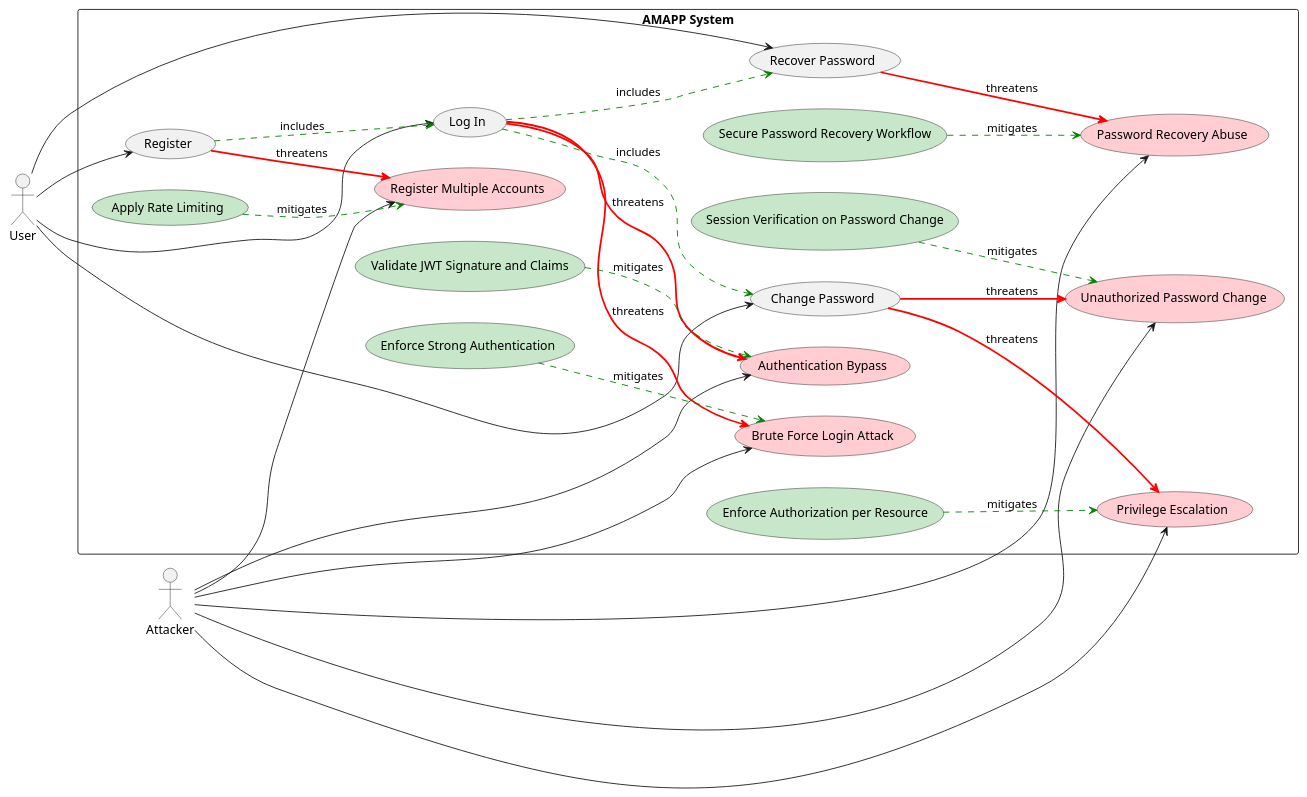
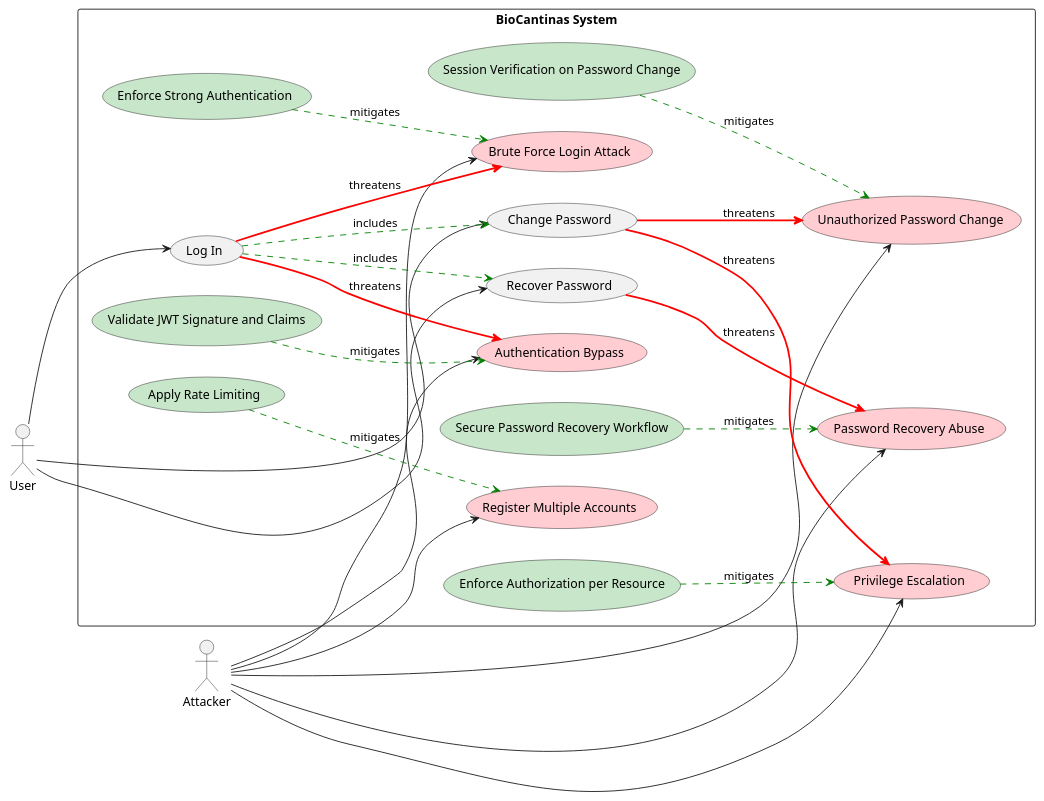
The diagram in Deliverables/phase1/diagrams/Abuse Cases/authAbuseCase.puml (mei-desofs/desofs2026-thu_ffs_1), drawn with PlantUML before and after one commit. The commit also changed 1 other file, not shown here.

Commit message:
Updated Auth Abuse Case and added Supplier Abuse Case #3

```diff
--- a/Deliverables/phase1/diagrams/Abuse Cases/authAbuseCase.puml
+++ b/Deliverables/phase1/diagrams/Abuse Cases/authAbuseCase.puml
@@ -1,59 +1,55 @@
 @startuml
 left to right direction
 skinparam packageStyle rectangle
 
 actor User
 actor Attacker
 
-package "AMAPP System" {
+package "BioCantinas System" {
 
-    usecase "Register" as RegisterUC
     usecase "Log In" as LoginUC
     usecase "Change Password" as ChangePasswordUC
     usecase "Recover Password" as RecoverPasswordUC
 
     usecase "Register Multiple Accounts" as RegisterAbuse #FFCDD2
     usecase "Brute Force Login Attack" as LoginAbuse #FFCDD2
     usecase "Unauthorized Password Change" as ChangePasswordAbuse #FFCDD2
     usecase "Password Recovery Abuse" as RecoveryAbuse #FFCDD2
     usecase "Authentication Bypass" as AuthBypassAbuse #FFCDD2
     usecase "Privilege Escalation" as PrivEscalationAbuse #FFCDD2
 
     usecase "Apply Rate Limiting" as RateLimitingMitigate #C8E6C9
     usecase "Enforce Strong Authentication" as StrongAuthMitigate #C8E6C9
     usecase "Session Verification on Password Change" as SessionVerifyMitigate #C8E6C9
     usecase "Secure Password Recovery Workflow" as SecureRecoveryMitigate #C8E6C9
     usecase "Validate JWT Signature and Claims" as JWTValidationMitigate #C8E6C9
     usecase "Enforce Authorization per Resource" as AuthorizationCheckMitigate #C8E6C9
 
-    User --> RegisterUC
     User --> LoginUC
     User --> ChangePasswordUC
     User --> RecoverPasswordUC
 
-    RegisterUC .[#green].> LoginUC : includes
     LoginUC .[#green].> ChangePasswordUC : includes
     LoginUC .[#green].> RecoverPasswordUC : includes
 
     Attacker --> RegisterAbuse
     Attacker --> LoginAbuse
     Attacker --> ChangePasswordAbuse
     Attacker --> RecoveryAbuse
     Attacker --> AuthBypassAbuse
     Attacker --> PrivEscalationAbuse
 
-    RegisterUC -[#red,bold]-> RegisterAbuse : threatens
     LoginUC -[#red,bold]-> LoginAbuse : threatens
     ChangePasswordUC -[#red,bold]-> ChangePasswordAbuse : threatens
     RecoverPasswordUC -[#red,bold]-> RecoveryAbuse : threatens
     LoginUC -[#red,bold]-> AuthBypassAbuse : threatens
     ChangePasswordUC -[#red,bold]-> PrivEscalationAbuse : threatens
 
     RateLimitingMitigate -[#green,dashed]-> RegisterAbuse : mitigates
     StrongAuthMitigate -[#green,dashed]-> LoginAbuse : mitigates
     SessionVerifyMitigate -[#green,dashed]-> ChangePasswordAbuse : mitigates
     SecureRecoveryMitigate -[#green,dashed]-> RecoveryAbuse : mitigates
     JWTValidationMitigate -[#green,dashed]-> AuthBypassAbuse : mitigates
     AuthorizationCheckMitigate -[#green,dashed]-> PrivEscalationAbuse : mitigates
 }
 @enduml
```
